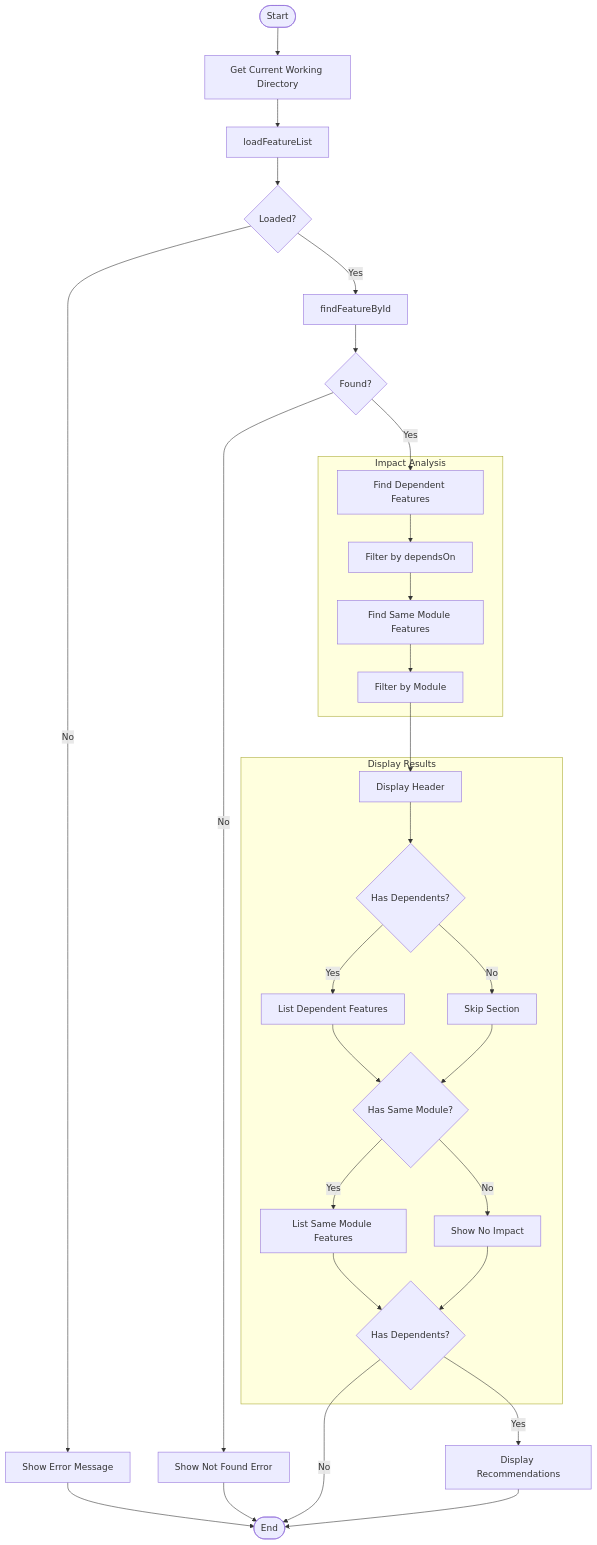
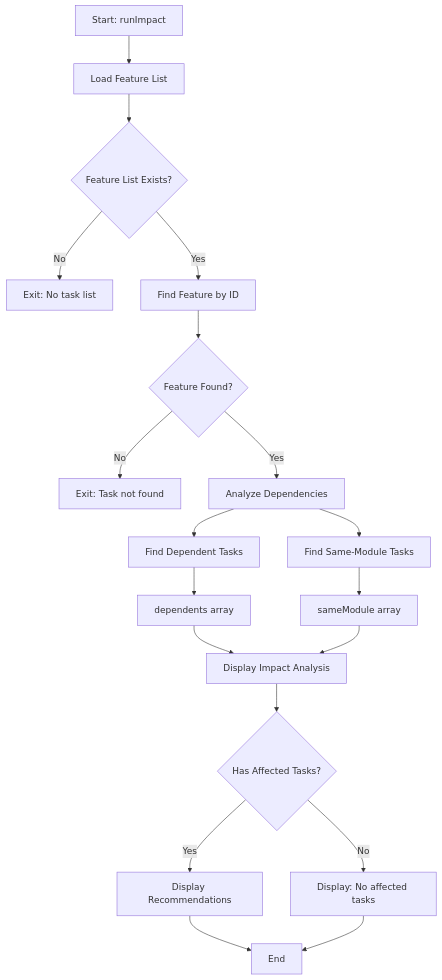
One commit to jerejones/agent-foreman changed the first of 5 diagrams in docs/commands/impact.md. Above: the diagram before and after it, drawn with Mermaid. The commit also changed other lines of this file and 379 other files, not shown here.

````diff
--- a/docs/commands/impact.md
+++ b/docs/commands/impact.md
@@ -27,43 +23,27 @@
 ```mermaid
 flowchart TD
-    Start([Start]) --> GetCWD[Get Current Working Directory]
-    GetCWD --> LoadFeatures[loadFeatureList]
+    A[Start: runImpact] --> B[Load Feature List]
+    B --> C{Feature List Exists?}
+    C -->|No| D[Exit: No task list]
+    C -->|Yes| E[Find Feature by ID]
 
-    LoadFeatures --> CheckLoaded{Loaded?}
-    CheckLoaded -->|No| ShowError[Show Error Message]
-    ShowError --> End([End])
+    E --> F{Feature Found?}
+    F -->|No| G[Exit: Task not found]
+    F -->|Yes| H[Analyze Dependencies]
 
-    CheckLoaded -->|Yes| FindFeature[findFeatureById]
-    FindFeature --> CheckFound{Found?}
-    CheckFound -->|No| NotFoundError[Show Not Found Error]
-    NotFoundError --> End
+    H --> I[Find Dependent Tasks]
+    H --> J[Find Same-Module Tasks]
 
-    CheckFound -->|Yes| AnalyzeDeps
+    I --> K[dependents array]
+    J --> L[sameModule array]
 
-    subgraph Analysis["Impact Analysis"]
-        AnalyzeDeps[Find Dependent Features] --> FilterDeps[Filter by dependsOn]
-        FilterDeps --> AnalyzeModule[Find Same Module Features]
-        AnalyzeModule --> FilterModule[Filter by Module]
-    end
+    K --> M[Display Impact Analysis]
+    L --> M
 
-    FilterModule --> DisplayResults
+    M --> N{Has Affected Tasks?}
+    N -->|Yes| O[Display Recommendations]
+    N -->|No| P[Display: No affected tasks]
 
-    subgraph Display["Display Results"]
-        DisplayResults[Display Header] --> ShowDeps{Has Dependents?}
-        ShowDeps -->|Yes| ListDeps[List Dependent Features]
-        ShowDeps -->|No| SkipDeps[Skip Section]
-
-        ListDeps --> ShowModule{Has Same Module?}
-        SkipDeps --> ShowModule
-
-        ShowModule -->|Yes| ListModule[List Same Module Features]
-        ShowModule -->|No| ShowNone[Show No Impact]
-
-        ListModule --> ShowRecs
-        ShowNone --> ShowRecs
-    end
-
-    ShowRecs{Has Dependents?} -->|Yes| DisplayRecs[Display Recommendations]
-    ShowRecs -->|No| End
-    DisplayRecs --> End
+    O --> Q[End]
+    P --> Q
 ```
````
